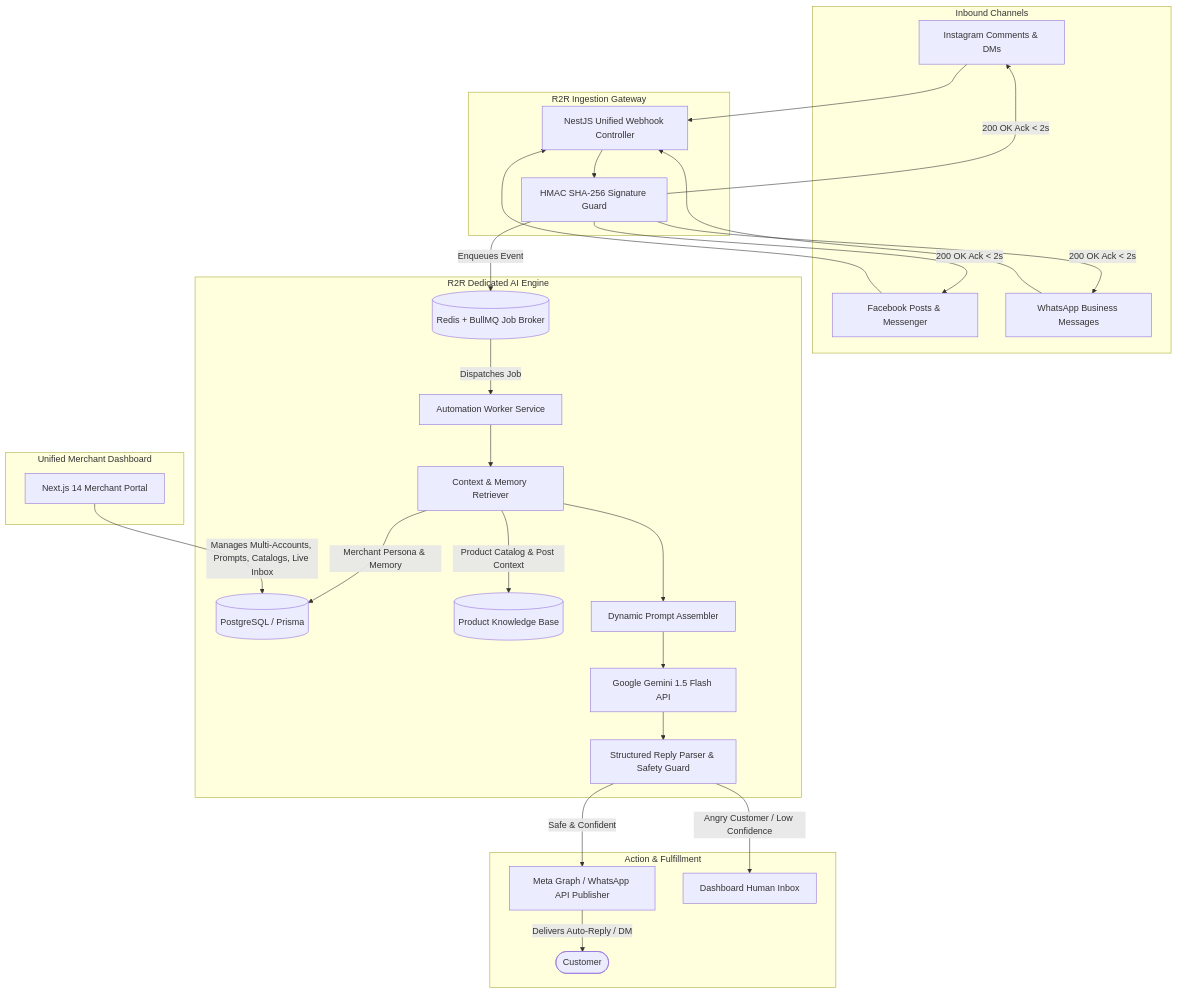
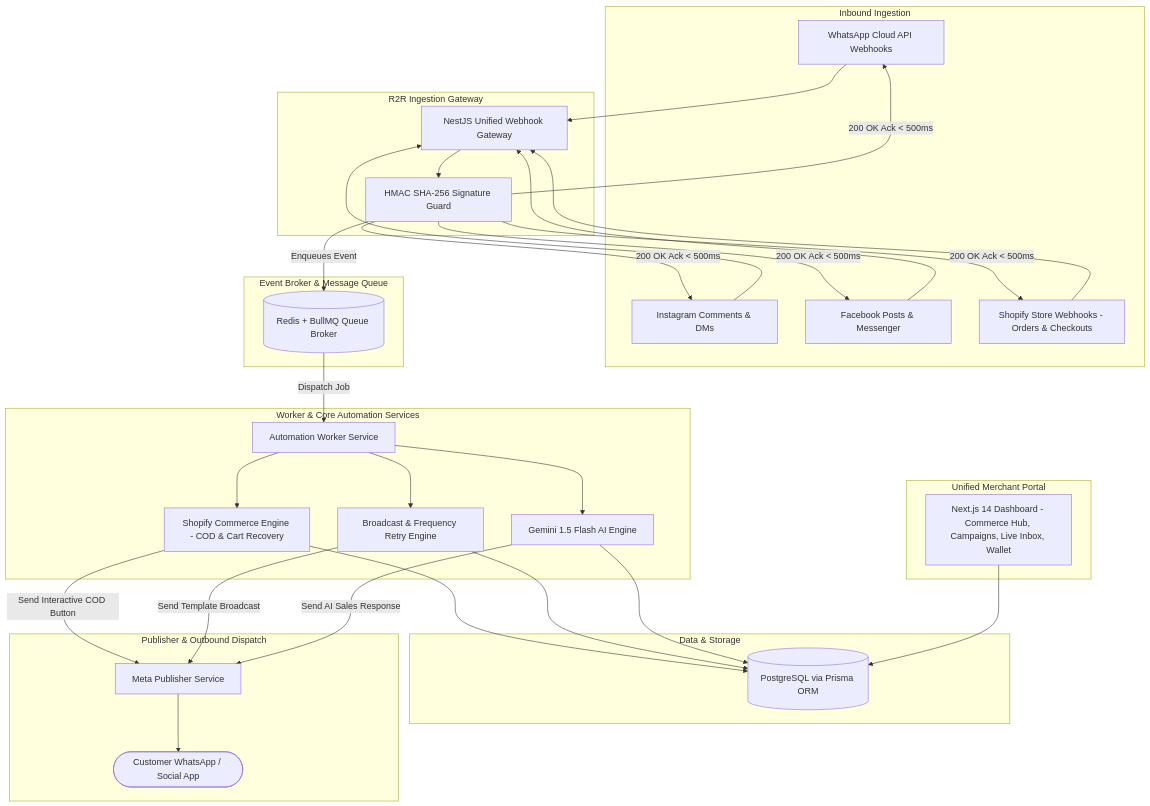
Before and after one commit to arpit2707/ReelToRealAuto: the diagram in docs/goal.md, drawn with Mermaid. The commit also changed other lines of this file and 52 other files, not shown here.

First line of the commit message:
feat: implement master-plan tenancy, auth, and Meta webhook spine

````diff
--- a/docs/goal.md
+++ b/docs/goal.md
@@ -35,39 +37,46 @@
 ```mermaid
 graph TD
-    subgraph Inbound Channels
+    subgraph Inbound Ingestion
+        WA[WhatsApp Cloud API Webhooks]
         IG[Instagram Comments & DMs]
         FB[Facebook Posts & Messenger]
-        WA[WhatsApp Business Messages]
+        Shopify[Shopify Store Webhooks - Orders & Checkouts]
     end
 
     subgraph R2R Ingestion Gateway
-        WebhookGateway[NestJS Unified Webhook Controller]
+        WebhookGateway[NestJS Unified Webhook Gateway]
         SignatureValidator[HMAC SHA-256 Signature Guard]
     end
 
-    IG & FB & WA --> WebhookGateway
+    WA & IG & FB & Shopify --> WebhookGateway
     WebhookGateway --> SignatureValidator
-    SignatureValidator -->|200 OK Ack < 2s| IG & FB & WA
-    SignatureValidator -->|Enqueues Event| Queue[(Redis + BullMQ Job Broker)]
+    SignatureValidator -->|200 OK Ack < 500ms| WA & IG & FB & Shopify
 
-    subgraph R2R Dedicated AI Engine
-        Queue -->|Dispatches Job| Worker[Automation Worker Service]
-        Worker --> ContextRetriever[Context & Memory Retriever]
-        ContextRetriever -->|Merchant Persona & Memory| DB[(PostgreSQL / Prisma)]
-        ContextRetriever -->|Product Catalog & Post Context| CatalogStore[(Product Knowledge Base)]
-        ContextRetriever --> PromptAssembler[Dynamic Prompt Assembler]
-        PromptAssembler --> Gemini[Google Gemini 1.5 Flash API]
-        Gemini --> ResponseParser[Structured Reply Parser & Safety Guard]
+    subgraph Event Broker & Message Queue
+        SignatureValidator -->|Enqueues Event| BullMQ[(Redis + BullMQ Queue Broker)]
     end
 
-    subgraph Action & Fulfillment
-        ResponseParser -->|Safe & Confident| MetaAPI[Meta Graph / WhatsApp API Publisher]
-        ResponseParser -->|Angry Customer / Low Confidence| HumanAlert[Dashboard Human Inbox]
-        MetaAPI -->|Delivers Auto-Reply / DM| EndCustomer([Customer])
+    subgraph Worker & Core Automation Services
+        BullMQ -->|Dispatch Job| AutomationWorker[Automation Worker Service]
+        AutomationWorker --> ShopifyEngine[Shopify Commerce Engine - COD & Cart Recovery]
+        AutomationWorker --> BroadcastEngine[Broadcast & Frequency Retry Engine]
+        AutomationWorker --> AiEngine[Gemini 1.5 Flash AI Engine]
     end
 
-    subgraph Unified Merchant Dashboard
-        NextDashboard[Next.js 14 Merchant Portal]
-        NextDashboard -->|Manages Multi-Accounts, Prompts, Catalogs, Live Inbox| DB
+    subgraph Data & Storage
+        Prisma[(PostgreSQL via Prisma ORM)]
+        ShopifyEngine & BroadcastEngine & AiEngine --> Prisma
+    end
+
+    subgraph Publisher & Outbound Dispatch
+        ShopifyEngine -->|Send Interactive COD Button| MetaPub[Meta Publisher Service]
+        BroadcastEngine -->|Send Template Broadcast| MetaPub
+        AiEngine -->|Send AI Sales Response| MetaPub
+        MetaPub --> EndUser([Customer WhatsApp / Social App])
+    end
+
+    subgraph Unified Merchant Portal
+        WebDashboard[Next.js 14 Dashboard - Commerce Hub, Campaigns, Live Inbox, Wallet]
+        WebDashboard --> Prisma
     end
 ```
````
